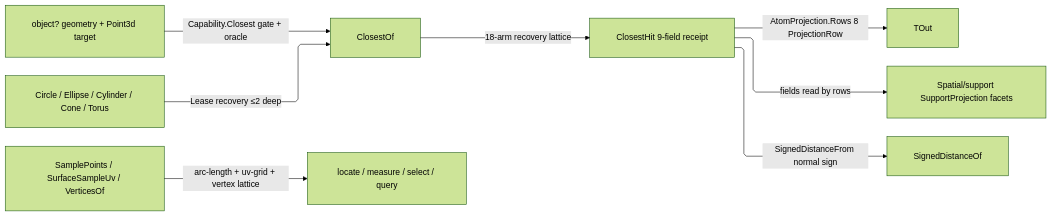
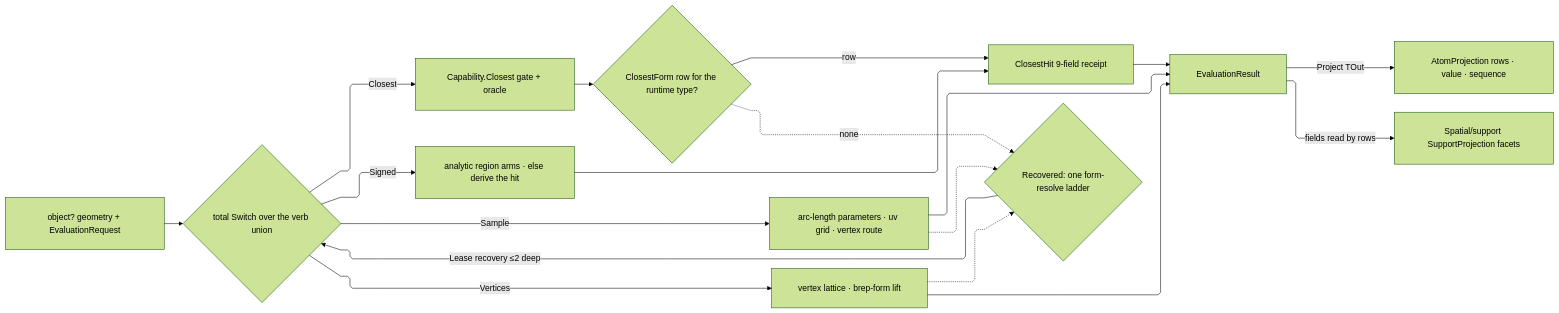
The diagram in libs/csharp/Rasm/.planning/Domain/evaluation.md (bsamiee/Rasm), drawn with Mermaid (forest theme) before and after one commit. The commit also changed other lines of this file and 818 other files, not shown here.

````diff
--- a/libs/csharp/Rasm/.planning/Domain/evaluation.md
+++ b/libs/csharp/Rasm/.planning/Domain/evaluation.md
@@ -310,19 +489,29 @@
 ```mermaid
 ---
 config:
   layout: elk
   flowchart:
     curve: linear
     padding: 25
 ---
 flowchart LR
-    accTitle: Closest-point and sampling evaluation spine
-    accDescr: Raw geometry admitting through the capability gate into the closest-point recovery lattice, one nine-field hit receipt fanning into typed projections, support facets, and signed distance, beside the sampling lanes feeding the analysis consumers.
-    Raw["object? geometry + Point3d target"] -->|Capability.Closest gate + oracle| ClosestOf
-    ClosestOf -->|18-arm recovery lattice| Hit["ClosestHit 9-field receipt"]
-    Analytic["Circle / Ellipse / Cylinder / Cone / Torus"] -->|Lease recovery ≤2 deep| ClosestOf
-    Hit -->|AtomProjection.Rows 8 ProjectionRow| Typed["TOut"]
-    Hit -->|fields read by rows| Support["Spatial/support SupportProjection facets"]
-    Hit -->|SignedDistanceFrom normal sign| Signed["SignedDistanceOf"]
-    Sampling["SamplePoints / SurfaceSampleUv / VerticesOf"] -->|arc-length + uv-grid + vertex lattice| Consumers["locate / measure / select / query"]
+    accTitle: Evaluation request dispatch and recovery spine
+    accDescr: One request union dispatching four verbs over admitted geometry, the closest verb reading the ordered recovery roster into a nine-field hit receipt, every verb sharing one form-resolve ladder for value shapes, and one result union fanning into the typed projection rail.
+    Raw["object? geometry + EvaluationRequest"] --> Dispatch{"total Switch over the verb union"}
+    Dispatch -->|Closest| Gate["Capability.Closest gate + oracle"]
+    Gate --> Roster{"ClosestForm row for the runtime type?"}
+    Roster -->|row| Hit["ClosestHit 9-field receipt"]
+    Roster -.->|none| Ladder
+    Dispatch -->|Signed| Signed["analytic region arms · else derive the hit"]
+    Dispatch -->|Sample| Sampling["arc-length parameters · uv grid · vertex route"]
+    Dispatch -->|Vertices| VertexLattice["vertex lattice · brep-form lift"]
+    Sampling -.-> Ladder{"Recovered: one form-resolve ladder"}
+    VertexLattice -.-> Ladder
+    Signed --> Hit
+    Ladder -->|"Lease recovery ≤2 deep"| Dispatch
+    Hit --> Result["EvaluationResult"]
+    Sampling --> Result
+    VertexLattice --> Result
+    Result -->|Project TOut| Typed["AtomProjection rows · value · sequence"]
+    Result -->|fields read by rows| Support["Spatial/support SupportProjection facets"]
 ```
````
